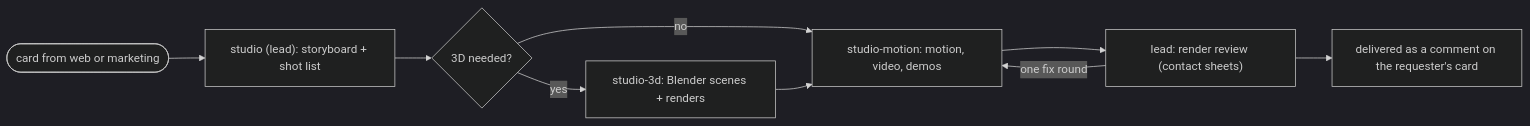
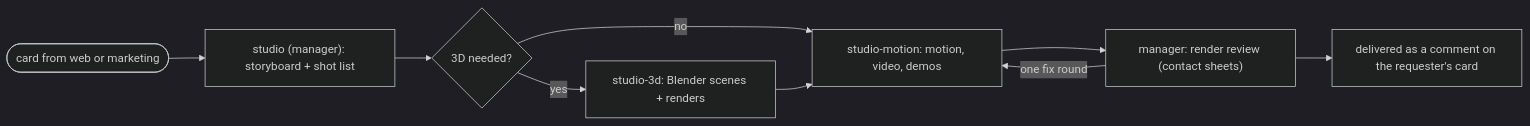
The fourth of 4 diagrams in README.md (PuntoyComaTech/hermes-agent-squads), drawn with Mermaid (dark theme) before and after one commit. The commit also changed other lines of this file and 87 other files, not shown here.

````diff
--- a/README.md
+++ b/README.md
@@ -97,11 +98,11 @@
 ```mermaid
 flowchart LR
-    U(["card from web or marketing"]) --> L["studio (lead): storyboard + shot list"]
+    U(["card from web or marketing"]) --> L["studio (manager): storyboard + shot list"]
     L --> T{"3D needed?"}
     T -->|yes| G["studio-3d: Blender scenes + renders"]
     T -->|no| M["studio-motion: motion, video, demos"]
     G --> M
-    M --> R["lead: render review (contact sheets)"]
+    M --> R["manager: render review (contact sheets)"]
     R -->|one fix round| M
     R --> D["delivered as a comment on the requester's card"]
 ```
````
